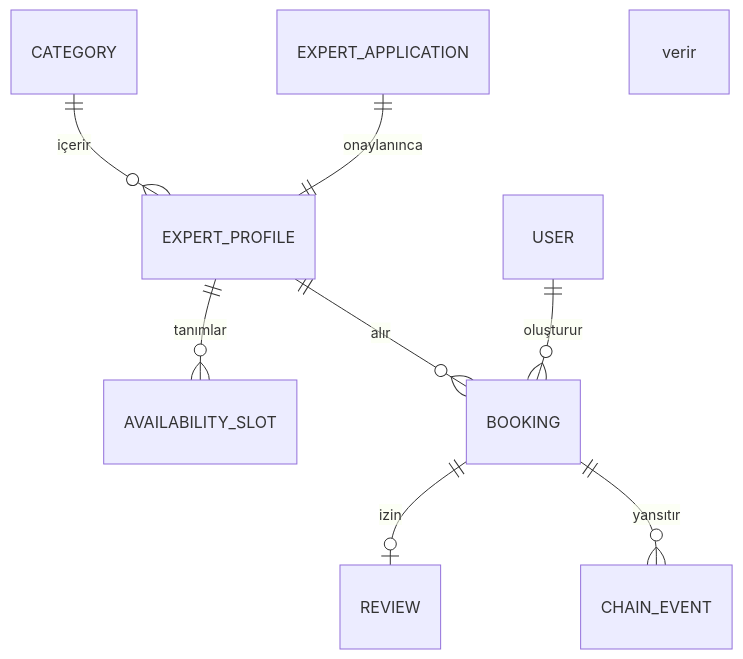
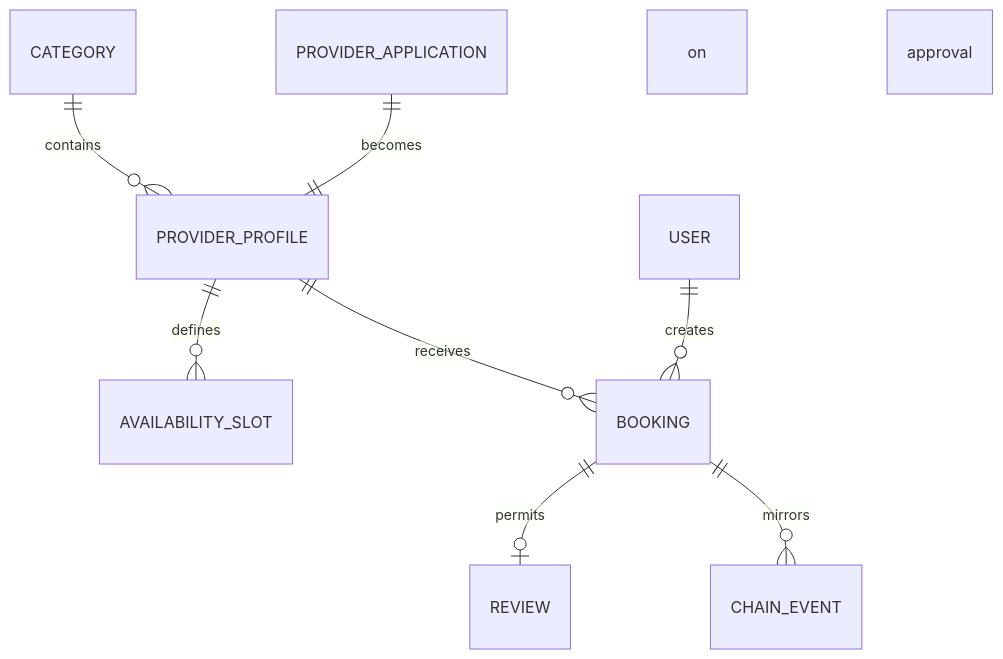
One commit to CemAyyildiz/Pactly changed the third of 3 diagrams in _bmad-output/planning-artifacts/architecture/architecture-Pactly-2026-09-16/ARCHITECTURE-SPINE.md. Above: the diagram before and after it, drawn with Mermaid. The commit also changed other lines of this file and 10 other files, not shown here.

````diff
--- a/_bmad-output/planning-artifacts/architecture/architecture-Pactly-2026-09-16/ARCHITECTURE-SPINE.md
+++ b/_bmad-output/planning-artifacts/architecture/architecture-Pactly-2026-09-16/ARCHITECTURE-SPINE.md
@@ -205,10 +206,10 @@
 ```mermaid
 erDiagram
-  CATEGORY ||--o{ EXPERT_PROFILE : içerir
-  EXPERT_APPLICATION ||--|| EXPERT_PROFILE : onaylanınca
-  EXPERT_PROFILE ||--o{ AVAILABILITY_SLOT : tanımlar
-  EXPERT_PROFILE ||--o{ BOOKING : alır
-  USER ||--o{ BOOKING : oluşturur
-  BOOKING ||--o| REVIEW : izin verir
-  BOOKING ||--o{ CHAIN_EVENT : yansıtır
+  CATEGORY ||--o{ PROVIDER_PROFILE : contains
+  PROVIDER_APPLICATION ||--|| PROVIDER_PROFILE : becomes on approval
+  PROVIDER_PROFILE ||--o{ AVAILABILITY_SLOT : defines
+  PROVIDER_PROFILE ||--o{ BOOKING : receives
+  USER ||--o{ BOOKING : creates
+  BOOKING ||--o| REVIEW : permits
+  BOOKING ||--o{ CHAIN_EVENT : mirrors
 ```
````
